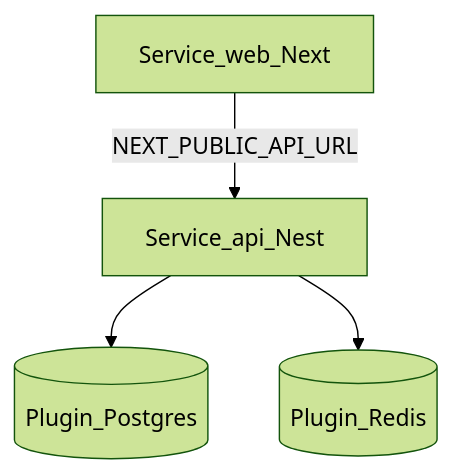
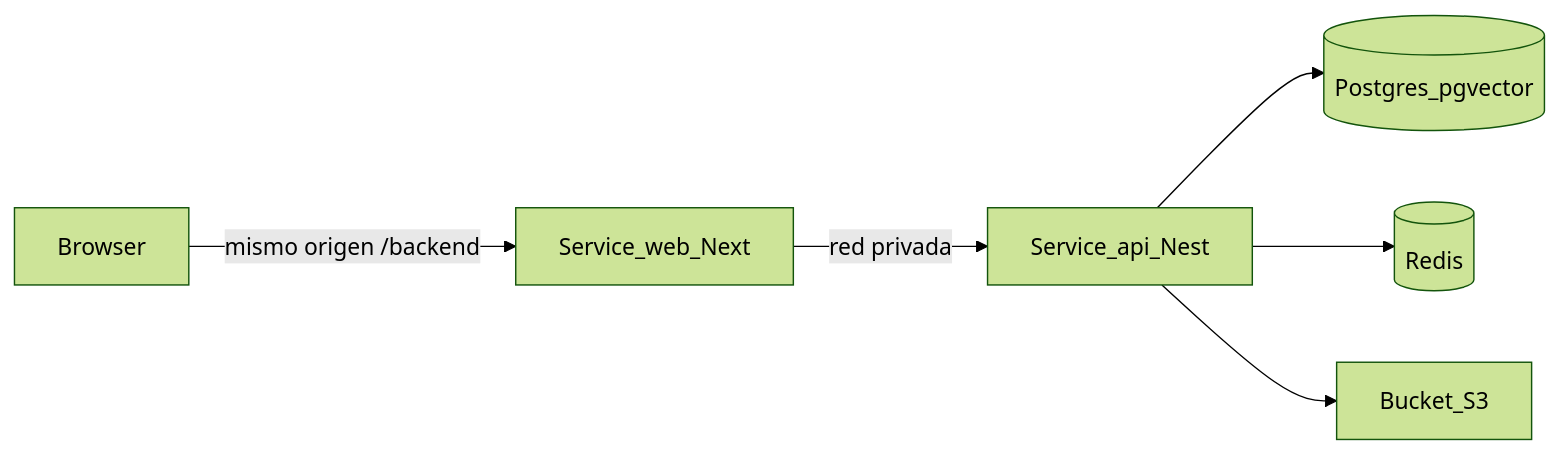
One commit to PMedinaGarcia/tres-cielos-sys changed the diagram in docs/setup/07-railway-deploy.md. Above: the diagram before and after it, drawn with Mermaid (forest theme). The commit also changed other lines of this file and 63 other files, not shown here.

````diff
--- a/docs/setup/07-railway-deploy.md
+++ b/docs/setup/07-railway-deploy.md
@@ -9,10 +11,14 @@
 ```mermaid
-flowchart TB
+flowchart LR
+  browser[Browser]
   web[Service_web_Next]
   api[Service_api_Nest]
-  pg[(Plugin_Postgres)]
-  redis[(Plugin_Redis)]
-  web -->|NEXT_PUBLIC_API_URL| api
+  pg[(Postgres_pgvector)]
+  redis[(Redis)]
+  bucket[Bucket_S3]
+  browser -->|"mismo origen /backend"| web
+  web -->|red privada| api
   api --> pg
   api --> redis
+  api --> bucket
 ```
````
